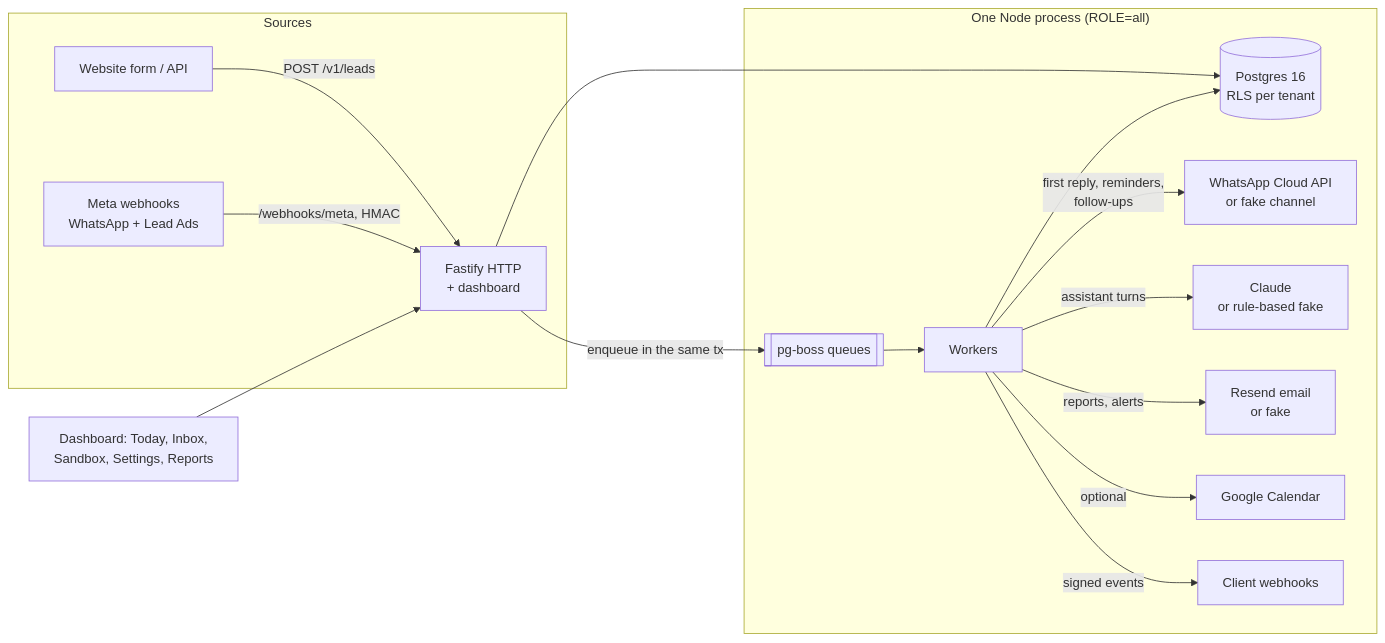
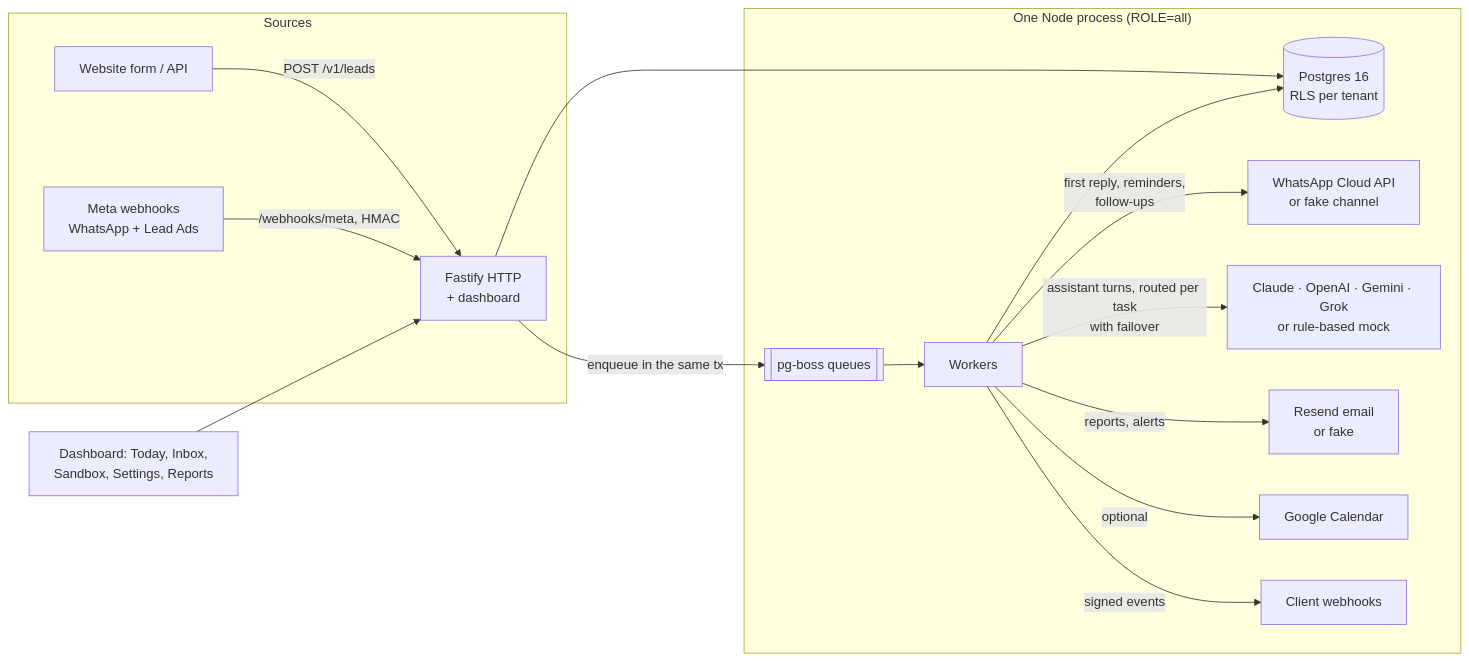
Before and after one commit to AnirudhVermaCoding/LeadAutomation: the diagram in README.md, drawn with Mermaid. The commit also changed other lines of this file and 11 other files, not shown here.

Commit message:
Privacy and docs for AI providers (disclosure rule, no-training status per provider), sweep drains bursts, decisions/progress/roadmap

````diff
--- a/README.md
+++ b/README.md
@@ -36,19 +42,19 @@
 ```mermaid
 flowchart LR
   subgraph Sources
     F[Website form / API] -->|POST /v1/leads| API
     M[Meta webhooks<br/>WhatsApp + Lead Ads] -->|/webhooks/meta, HMAC| API
   end
   subgraph App["One Node process (ROLE=all)"]
     API[Fastify HTTP<br/>+ dashboard] --> DB[(Postgres 16<br/>RLS per tenant)]
     API -->|enqueue in the same tx| Q[[pg-boss queues]]
     Q --> W[Workers]
     W --> DB
     W -->|first reply, reminders,<br/>follow-ups| WA[WhatsApp Cloud API<br/>or fake channel]
-    W -->|assistant turns| LLM[Claude<br/>or rule-based fake]
+    W -->|assistant turns, routed per task<br/>with failover| LLM[Claude · OpenAI · Gemini · Grok<br/>or rule-based mock]
     W -->|reports, alerts| E[Resend email<br/>or fake]
     W -->|optional| G[Google Calendar]
     W -->|signed events| H[Client webhooks]
   end
   D[Dashboard: Today, Inbox,<br/>Sandbox, Settings, Reports] --> API
 ```
````
